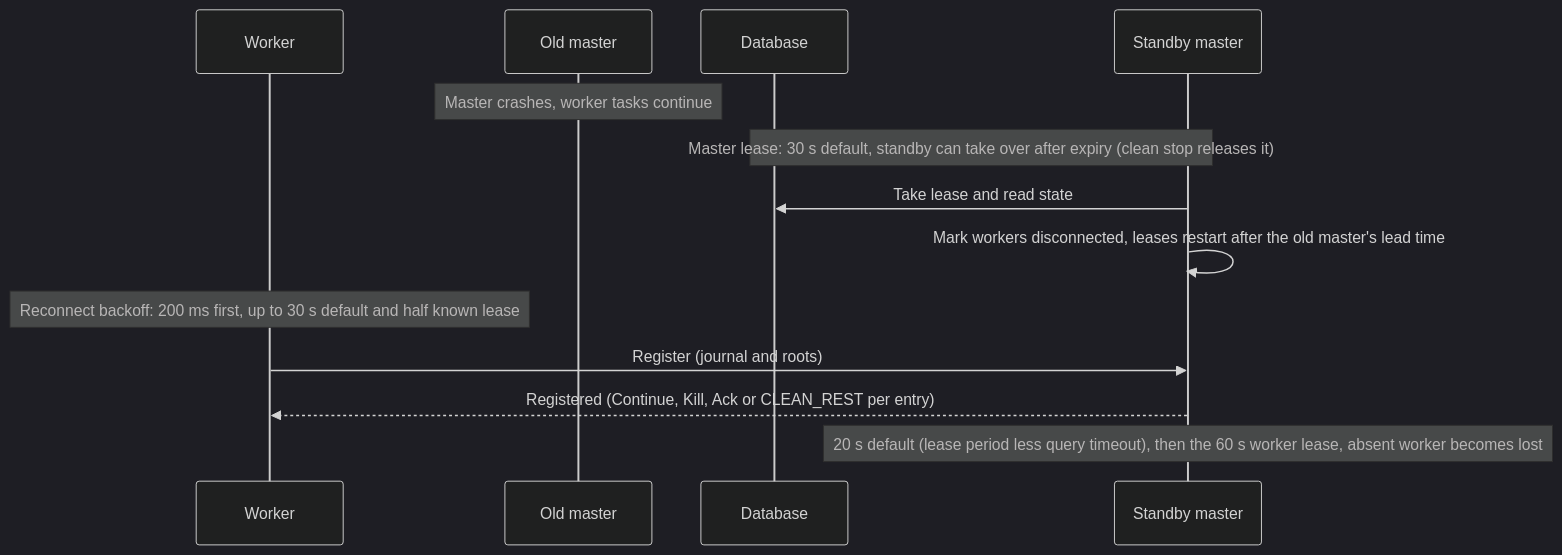
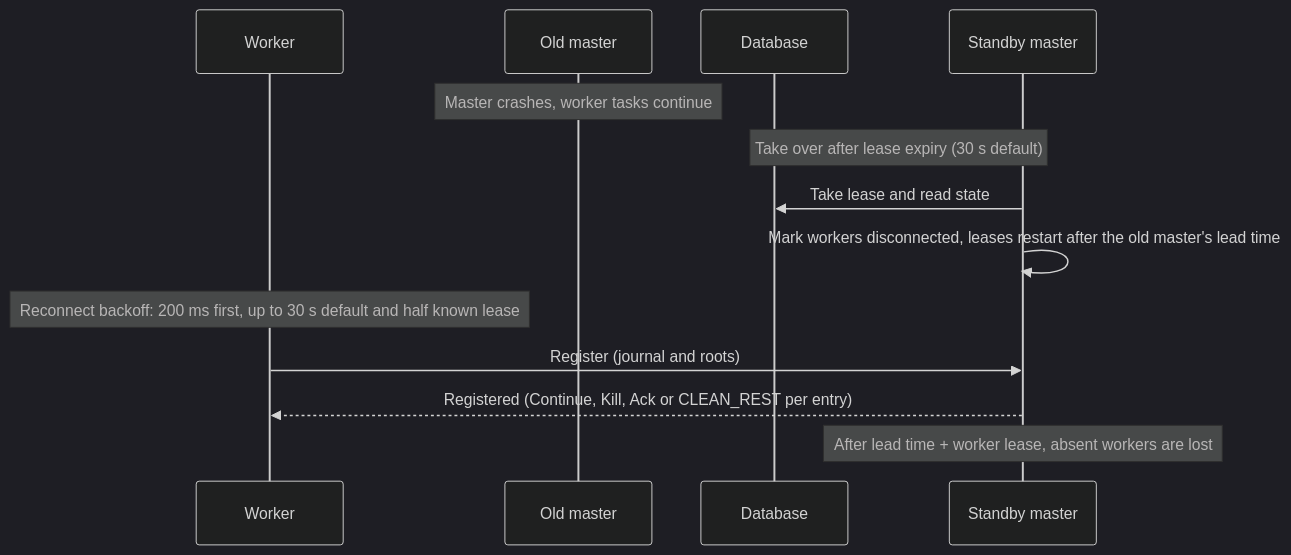
One commit to ptutak/schedr changed diagram 15 of 18 in docs/03-guide/15-protocol.md. Above: the diagram before and after it, drawn with Mermaid (dark theme). The commit also changed other lines of this file and 8 other files, not shown here.

````diff
--- a/docs/03-guide/15-protocol.md
+++ b/docs/03-guide/15-protocol.md
@@ -397,15 +400,15 @@
 ```{mermaid}
 sequenceDiagram
     participant W as Worker
     participant A as Old master
     participant DB as Database
     participant B as Standby master
     Note over A: Master crashes, worker tasks continue
-    Note over DB,B: Master lease: 30 s default, standby can take over after expiry (clean stop releases it)
+    Note over DB,B: Take over after lease expiry (30 s default)
     B->>DB: Take lease and read state
     B->>B: Mark workers disconnected, leases restart after the old master's lead time
     Note over W: Reconnect backoff: 200 ms first, up to 30 s default and half known lease
     W->>B: Register (journal and roots)
     B-->>W: Registered (Continue, Kill, Ack or CLEAN_REST per entry)
-    Note over B: 20 s default (lease period less query timeout), then the 60 s worker lease, absent worker becomes lost
+    Note over B: After lead time + worker lease, absent workers are lost
 ```
````
